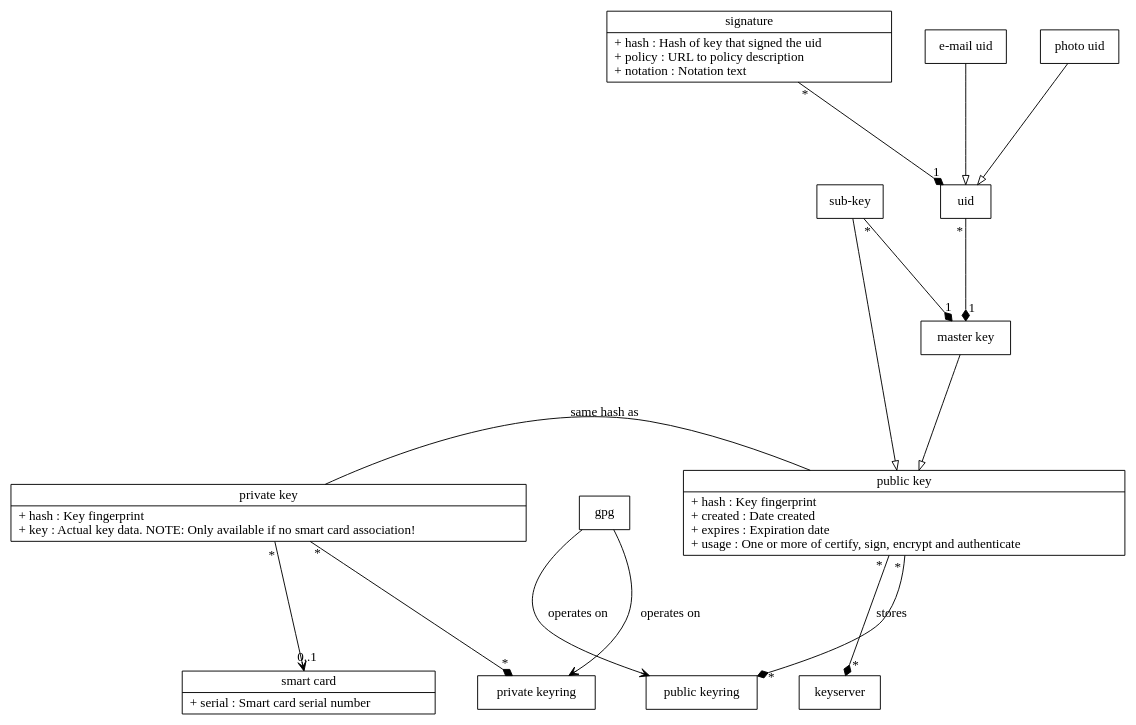
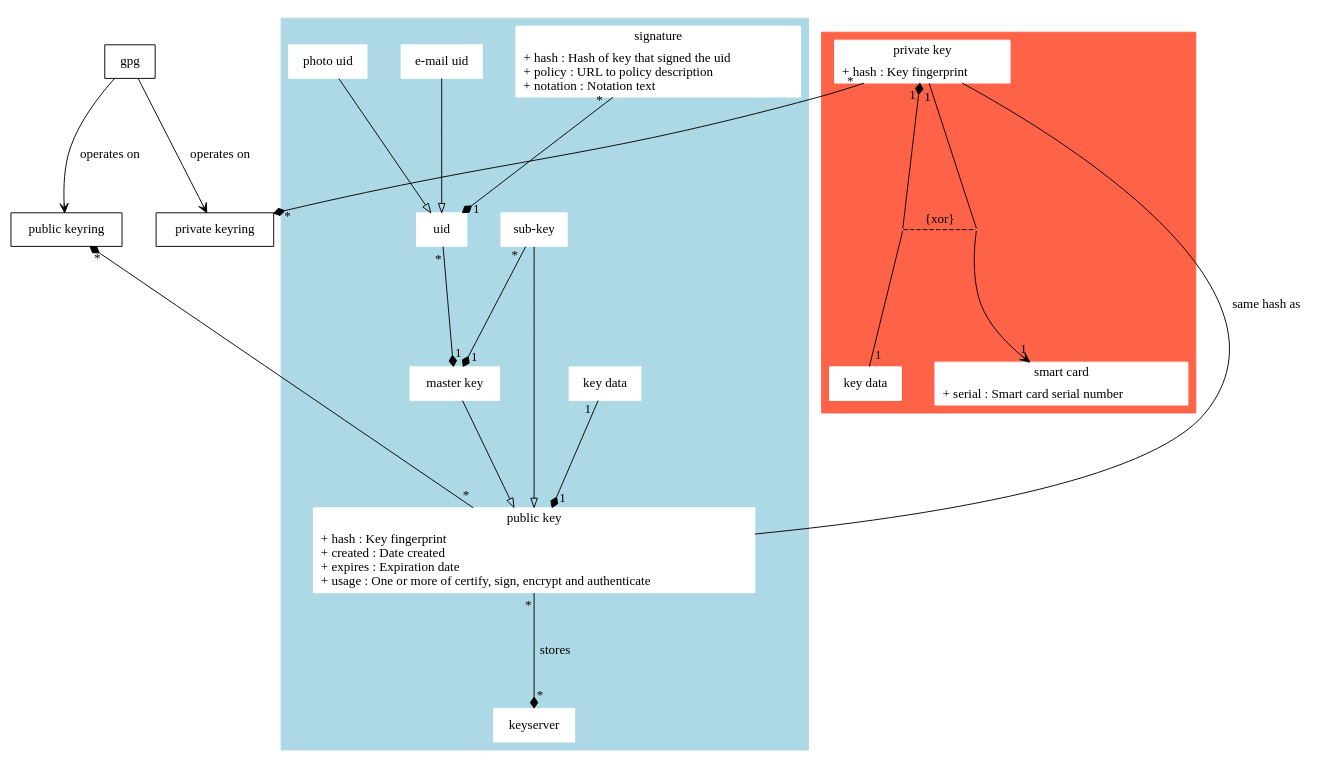
One commit to matslil/howto changed the diagram in gpg.dot. Above: the diagram before and after it, drawn with Graphviz.

Commit message:
Backup commit

```diff
--- a/gpg.dot
+++ b/gpg.dot
@@ -1,65 +1,97 @@
 digraph gpg {
         //----------------
         // Default settigs
         //----------------
 
         fontname="Bitstream Vera Sans"
         fontsize=8
 
         graph [
                 nodesep=0.5
                 ranksep=1.5
                 ordering=out
         ]
 
         node [
-                shape="record"
+                shape=record
+                style=filled
+                color=white
         ]
 
         edge [
                 arrowhead=vee
                 labeldistance=1.5
         ]
 
-        // Layout
+        {
+                node [
+                      style=solid
+                      color=black
+                ]
 
-        {rank=same; "gpg"}
-        {rank=same; "private keyring" "public keyring"}
-        {rank=same; "private key" "public key"}
+                "gpg"
+                "private keyring"
+                "public keyring"
+        }
 
-        // Nodes
-        "public key" [label="{public key|+ hash : Key fingerprint\l+ created : Date created\l+ expires : Expiration date\l+ usage : One or more of certify, sign, encrypt and authenticate\l}"]
-        "signature" [label="{signature|+ hash : Hash of key that signed the uid\l+ policy : URL to policy description\l+ notation : Notation text\l}"]
-        "private key" [label="{private key|+ hash : Key fingerprint\l+ key : Actual key data. NOTE: Only available if no smart card association!\l}"]
-        "smart card" [label="{smart card|+ serial : Smart card serial number\l}"]
+        "private key" -> "public key" [arrowhead=none, label="same hash as", constraint=false]
+        "private key" -> "private keyring" [arrowhead=diamond, taillabel="*", headlabel="*", constraint=false]
+        "public key" -> "public keyring" [arrowhead=diamond, taillabel="*", headlabel="*", constraint=false]
+        "gpg" -> "public keyring" [label="operates on"]
+        "gpg" -> "private keyring" [label="operates on"]
 
         //
-        // Relations
+        // Private key sub-graph
         //
 
-        // Is part of
+        subgraph cluster_private {
+                style=filled
+                color=tomato
 
-        "sub-key" -> "master key" [arrowhead=diamond, taillabel="*", headlabel="1"]
-        "uid" -> "master key" [arrowhead=diamond, taillabel="*", headlabel="1"]
-        "signature" -> "uid" [arrowhead=diamond, taillabel="*", headlabel="1"]
-        "public key" -> "keyserver" [arrowhead=diamond, label="stores", taillabel="*", headlabel="*"]
-        "public key" -> "public keyring" [arrowhead=diamond, taillabel="*", headlabel="*"]
-        "private key" -> "private keyring" [arrowhead=diamond, taillabel="*", headlabel="*"]
+                // Nodes
 
-        // Child to
+                "private key" [label="{private key|+ hash : Key fingerprint\l}"]
+                "key data to private key" [label="", fixedsize="false", width=0, height=0, shape=none]
+                "private key to smart card" [label="", fixedsize="false", width=0, height=0, shape=none]
+                "smart card" [label="{smart card|+ serial : Smart card serial number\l}"]
+                "private key data" [label="key data"]
 
-        "master key" -> "public key" [arrowhead=onormal]
-        "sub-key" -> "public key" [arrowhead=onormal]
-        "e-mail uid" -> "uid" [arrowhead=onormal]
-        "photo uid" -> "uid" [arrowhead=onormal]
+                // Relations
 
-        // Mutually relates to
+                "private key data" -> "key data to private key" [arrowhead=none, taillabel="1"]
+                "key data to private key" -> "private key" [arrowhead=diamond, headlabel="1"]
+                "private key" -> "private key to smart card" [arrowhead=none, taillabel="1"]
+                "private key to smart card" -> "smart card" [headlabel="1"]
+                "key data to private key" -> "private key to smart card" [arrowhead=none, style=dashed, label="{xor}"]
 
-        "private key" -> "public key" [arrowhead=none, label="same hash as"]
+                { rank=same; "private key data" "smart card" }
+                { rank=same; "private key to smart card" "key data to private key" }
+        }
 
-        // Relates to
+        //
+        // Public key sub-graph
+        //
 
-        "private key" -> "smart card" [taillabel="*", headlabel="0..1"]
-        "gpg" -> "public keyring" [label="operates on"]
-        "gpg" -> "private keyring" [label="operates on"]
+        subgraph cluster_public {
+                style=filled
+                color=lightblue
+
+                // Nodes
+
+                "public key" [label="{public key|+ hash : Key fingerprint\l+ created : Date created\l+ expires : Expiration date\l+ usage : One or more of certify, sign, encrypt and authenticate\l}"]
+                "signature" [label="{signature|+ hash : Hash of key that signed the uid\l+ policy : URL to policy description\l+ notation : Notation text\l}"]
+                "public key data" [label="key data"]
+
+                // Relations
+
+                "sub-key" -> "master key" [arrowhead=diamond, taillabel="*", headlabel="1"]
+                "uid" -> "master key" [arrowhead=diamond, taillabel="*", headlabel="1"]
+                "signature" -> "uid" [arrowhead=diamond, taillabel="*", headlabel="1"]
+                "master key" -> "public key" [arrowhead=onormal]
+                "sub-key" -> "public key" [arrowhead=onormal]
+                "e-mail uid" -> "uid" [arrowhead=onormal]
+                "photo uid" -> "uid" [arrowhead=onormal]
+                "public key" -> "keyserver" [arrowhead=diamond, label="stores", taillabel="*", headlabel="*"]
+                "public key data" -> "public key" [arrowhead=diamond, taillabel="1", headlabel="1"]
+        }
 }
```
